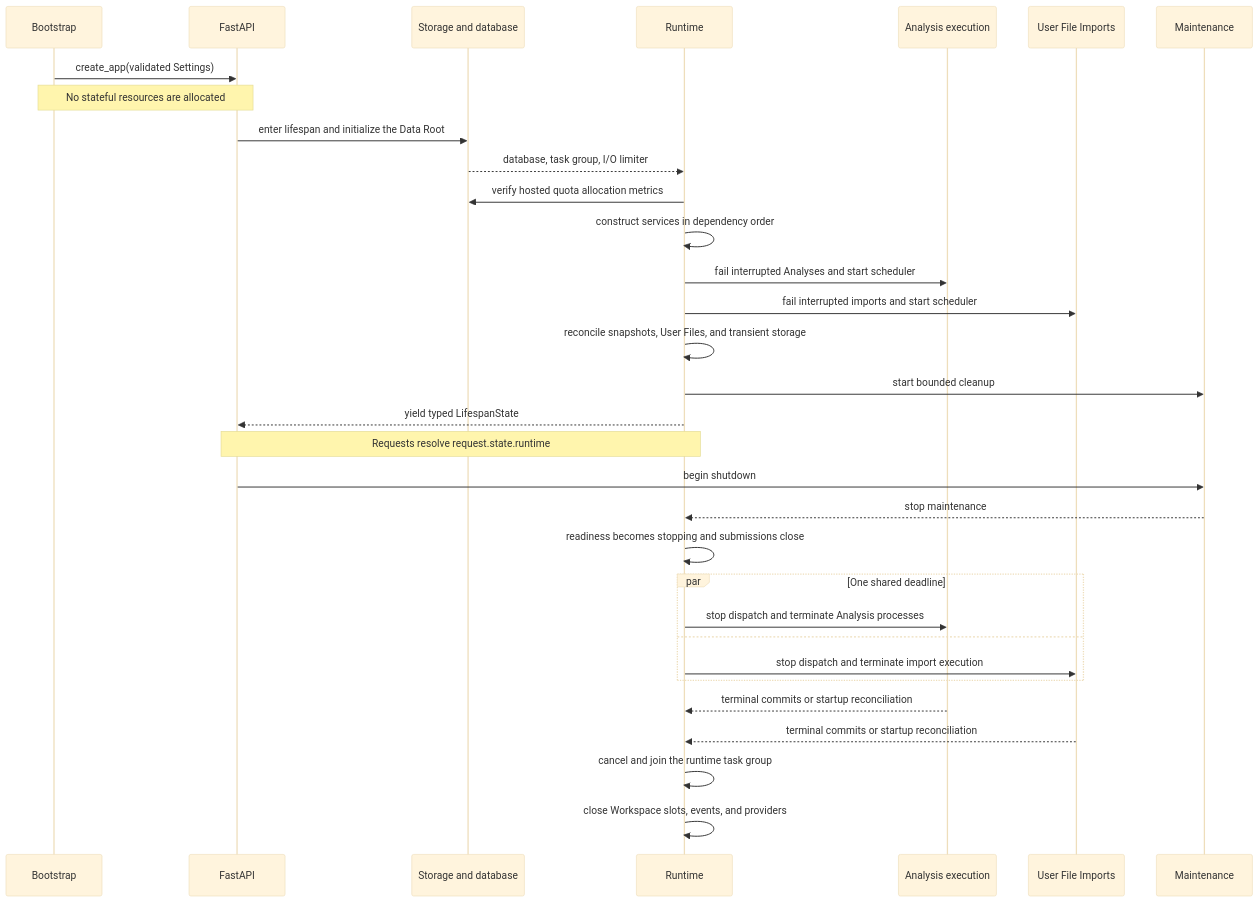
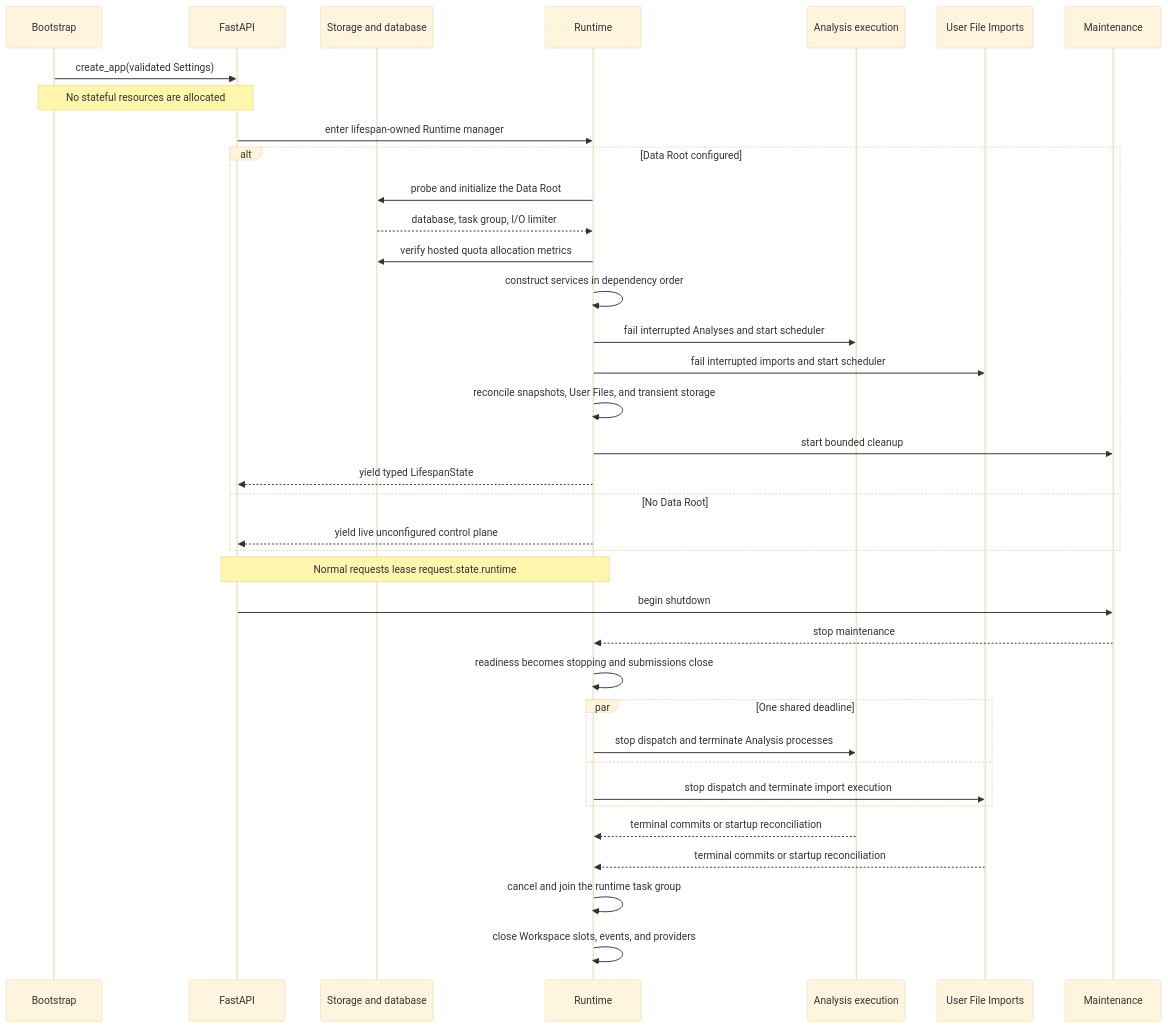
The diagram in docs/architecture/backend/runtime.md (Australian-Text-Analytics-Platform/ldaca_web_app), drawn with Mermaid (base theme) before and after one commit. The commit also changed other lines of this file and 62 other files, not shown here.

Commit message:
feat(storage): unify data root bootstrap and switching

````diff
--- a/docs/architecture/backend/runtime.md
+++ b/docs/architecture/backend/runtime.md
@@ -56,35 +65,40 @@
 ```mermaid
 sequenceDiagram
     participant Bootstrap
     participant FastAPI
     participant Storage as Storage and database
     participant Runtime
     participant Analysis as Analysis execution
     participant Imports as User File Imports
     participant Maintenance
 
     Bootstrap->>FastAPI: create_app(validated Settings)
     Note over Bootstrap,FastAPI: No stateful resources are allocated
-    FastAPI->>Storage: enter lifespan and initialize the Data Root
+    FastAPI->>Runtime: enter lifespan-owned Runtime manager
+    alt Data Root configured
+    Runtime->>Storage: probe and initialize the Data Root
     Storage-->>Runtime: database, task group, I/O limiter
     Runtime->>Storage: verify hosted quota allocation metrics
     Runtime->>Runtime: construct services in dependency order
     Runtime->>Analysis: fail interrupted Analyses and start scheduler
     Runtime->>Imports: fail interrupted imports and start scheduler
     Runtime->>Runtime: reconcile snapshots, User Files, and transient storage
     Runtime->>Maintenance: start bounded cleanup
     Runtime-->>FastAPI: yield typed LifespanState
-    Note over FastAPI,Runtime: Requests resolve request.state.runtime
+    else No Data Root
+    Runtime-->>FastAPI: yield live unconfigured control plane
+    end
+    Note over FastAPI,Runtime: Normal requests lease request.state.runtime
     FastAPI->>Maintenance: begin shutdown
     Maintenance-->>Runtime: stop maintenance
     Runtime->>Runtime: readiness becomes stopping and submissions close
     par One shared deadline
         Runtime->>Analysis: stop dispatch and terminate Analysis processes
     and
         Runtime->>Imports: stop dispatch and terminate import execution
     end
     Analysis-->>Runtime: terminal commits or startup reconciliation
     Imports-->>Runtime: terminal commits or startup reconciliation
     Runtime->>Runtime: cancel and join the runtime task group
     Runtime->>Runtime: close Workspace slots, events, and providers
 ```
````
